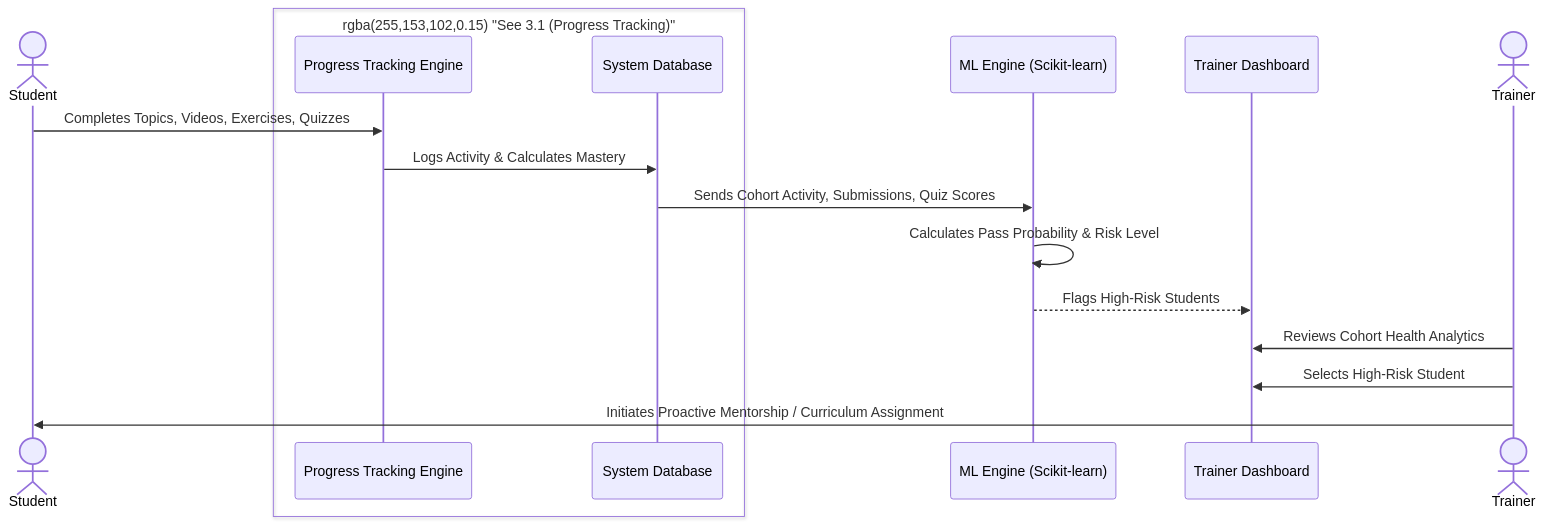
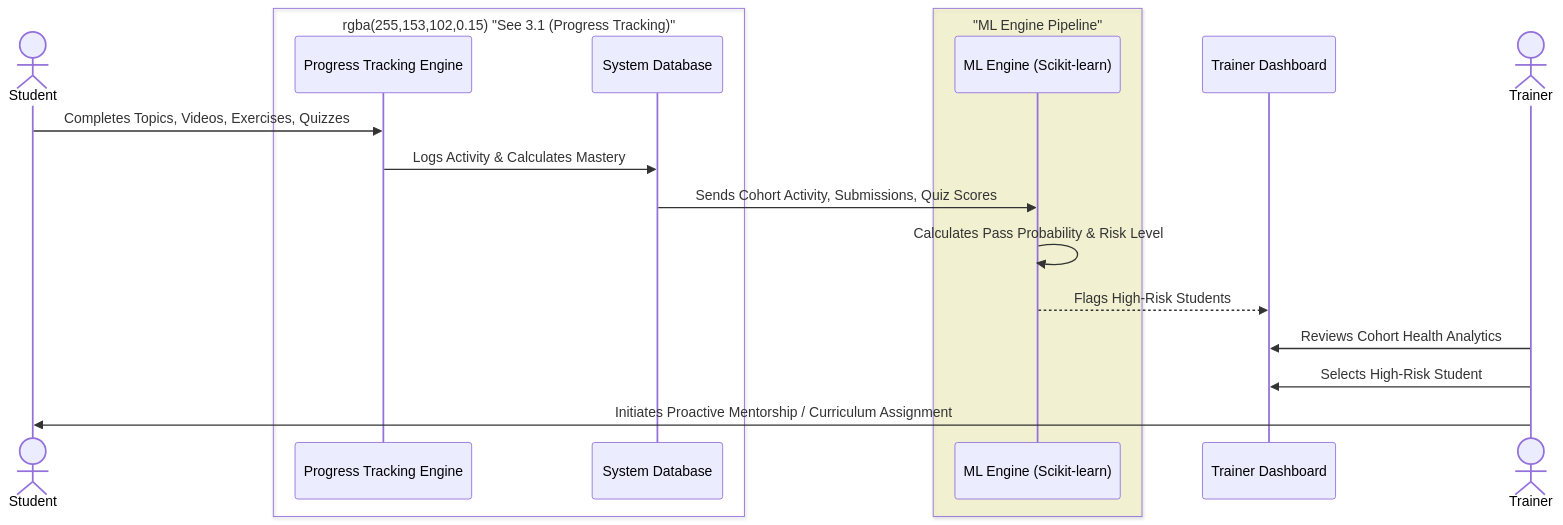
One commit to suyash-rgb/JS-Mentor changed the sixth of 18 diagrams in README.md. Above: the diagram before and after it, drawn with Mermaid. The commit also changed other lines of this file, not shown here.

````diff
--- a/README.md
+++ b/README.md
@@ -205,22 +205,25 @@
 ```mermaid
 sequenceDiagram
     actor S as Student
     
     box rgba(255,153,102,0.15) "See 3.1 (Progress Tracking)"
     participant PT as Progress Tracking Engine
     participant DB as System Database
     end
     
+    box rgba(255,255,153,0.3) "ML Engine Pipeline"
     participant ML as ML Engine (Scikit-learn)
+    end
+    
     participant Dashboard as Trainer Dashboard
     actor T as Trainer
 
     S->>PT: Completes Topics, Videos, Exercises, Quizzes
     PT->>DB: Logs Activity & Calculates Mastery
     DB->>ML: Sends Cohort Activity, Submissions, Quiz Scores
     ML->>ML: Calculates Pass Probability & Risk Level
     ML-->>Dashboard: Flags High-Risk Students
     T->>Dashboard: Reviews Cohort Health Analytics
     T->>Dashboard: Selects High-Risk Student
     T->>S: Initiates Proactive Mentorship / Curriculum Assignment
 ```
````
